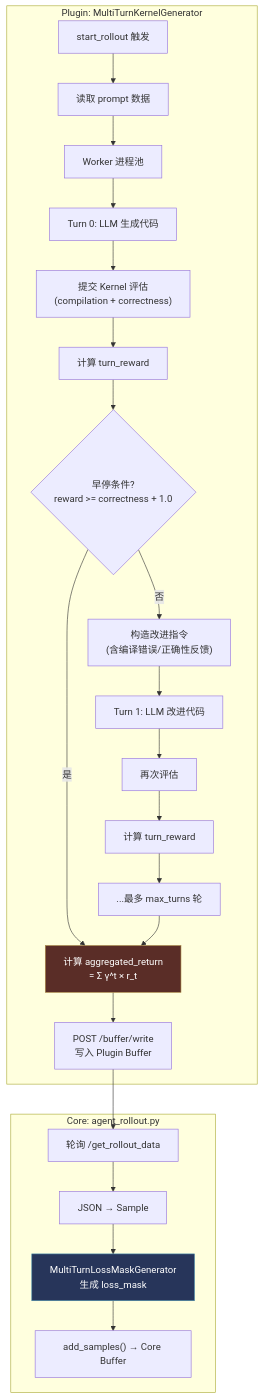
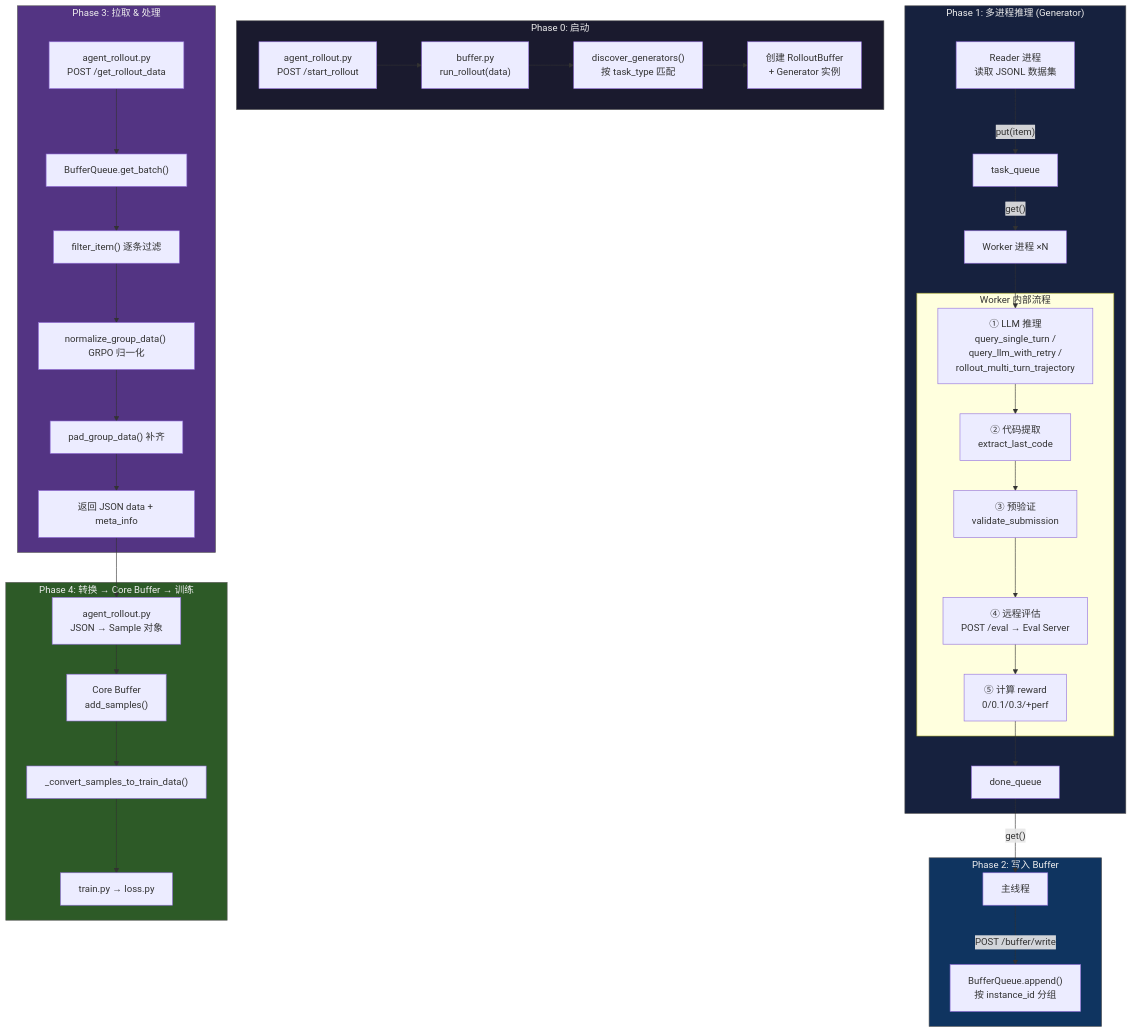
One commit to MarkJoson/TritonForge changed the fifth of 5 diagrams in SLIME/docs/buffer_plugin_interaction.md. Above: the diagram before and after it, drawn with Mermaid. The commit also changed other lines of this file, not shown here.

Commit message:
feat buffer_plugin_markdown

````diff
--- a/SLIME/docs/buffer_plugin_interaction.md
+++ b/SLIME/docs/buffer_plugin_interaction.md
@@ -237,30 +294,52 @@
 ```mermaid
 flowchart TB
-    subgraph Plugin侧["Plugin: MultiTurnKernelGenerator"]
-        START["start_rollout 触发"] --> READ["读取 prompt 数据"]
-        READ --> WORKER["Worker 进程池"]
-        WORKER --> TURN1["Turn 0: LLM 生成代码"]
-        TURN1 --> EVAL1["提交 Kernel 评估<br/>(compilation + correctness)"]
-        EVAL1 --> REWARD1["计算 turn_reward"]
-        REWARD1 --> CHECK{"早停条件?<br/>reward >= correctness + 1.0"}
-        CHECK -->|否| FEEDBACK["构造改进指令<br/>(含编译错误/正确性反馈)"]
-        FEEDBACK --> TURN2["Turn 1: LLM 改进代码"]
-        TURN2 --> EVAL2["再次评估"]
-        EVAL2 --> REWARD2["计算 turn_reward"]
-        REWARD2 --> REPEAT["...最多 max_turns 轮"]
-        CHECK -->|是| AGG
-        REPEAT --> AGG["计算 aggregated_return<br/>= Σ γ^t × r_t"]
-        AGG --> WRITE["POST /buffer/write<br/>写入 Plugin Buffer"]
+    subgraph 启动["Phase 0: 启动"]
+        P0["agent_rollout.py<br/>POST /start_rollout"]
+        P0 --> P1["buffer.py<br/>run_rollout(data)"]
+        P1 --> P2["discover_generators()<br/>按 task_type 匹配"]
+        P2 --> P3["创建 RolloutBuffer<br/>+ Generator 实例"]
     end
 
-    subgraph Core侧["Core: agent_rollout.py"]
-        POLL["轮询 /get_rollout_data"] --> CONVERT["JSON → Sample"]
-        CONVERT --> MASK["MultiTurnLossMaskGenerator<br/>生成 loss_mask"]
-        MASK --> STORE["add_samples() → Core Buffer"]
+    subgraph 多进程推理["Phase 1: 多进程推理 (Generator)"]
+        R1["Reader 进程<br/>读取 JSONL 数据集"]
+        R1 -->|"put(item)"| Q1["task_queue"]
+        Q1 -->|"get()"| W1["Worker 进程 ×N"]
+
+        subgraph 单个Worker["Worker 内部流程"]
+            W2["① LLM 推理<br/>query_single_turn /<br/>query_llm_with_retry /<br/>rollout_multi_turn_trajectory"]
+            W2 --> W3["② 代码提取<br/>extract_last_code"]
+            W3 --> W4["③ 预验证<br/>validate_submission"]
+            W4 --> W5["④ 远程评估<br/>POST /eval → Eval Server"]
+            W5 --> W6["⑤ 计算 reward<br/>0/0.1/0.3/+perf"]
+        end
+        W1 --> W2
+        W6 --> Q2["done_queue"]
     end
 
-    WRITE --> POLL
+    subgraph 写入Buffer["Phase 2: 写入 Buffer"]
+        Q2 -->|"get()"| M1["主线程"]
+        M1 -->|"POST /buffer/write"| BQ["BufferQueue.append()<br/>按 instance_id 分组"]
+    end
 
-    style AGG fill:#5a2d27,stroke:#a84,color:#fff
-    style MASK fill:#27355a,stroke:#48a,color:#fff
+    subgraph 拉取处理["Phase 3: 拉取 & 处理"]
+        AG["agent_rollout.py<br/>POST /get_rollout_data"]
+        AG --> GB["BufferQueue.get_batch()"]
+        GB --> F1["filter_item() 逐条过滤"]
+        F1 --> F2["normalize_group_data() GRPO 归一化"]
+        F2 --> F3["pad_group_data() 补齐"]
+        F3 --> RET["返回 JSON data + meta_info"]
+    end
+
+    subgraph 转换入训练["Phase 4: 转换 → Core Buffer → 训练"]
+        RET --> CV["agent_rollout.py<br/>JSON → Sample 对象"]
+        CV --> CB["Core Buffer<br/>add_samples()"]
+        CB --> TR["_convert_samples_to_train_data()"]
+        TR --> TRAIN["train.py → loss.py"]
+    end
+
+    style 启动 fill:#1a1a2e,stroke:#555,color:#eee
+    style 多进程推理 fill:#16213e,stroke:#555,color:#eee
+    style 写入Buffer fill:#0f3460,stroke:#555,color:#eee
+    style 拉取处理 fill:#533483,stroke:#555,color:#eee
+    style 转换入训练 fill:#2d5a27,stroke:#555,color:#eee
 ```
````
